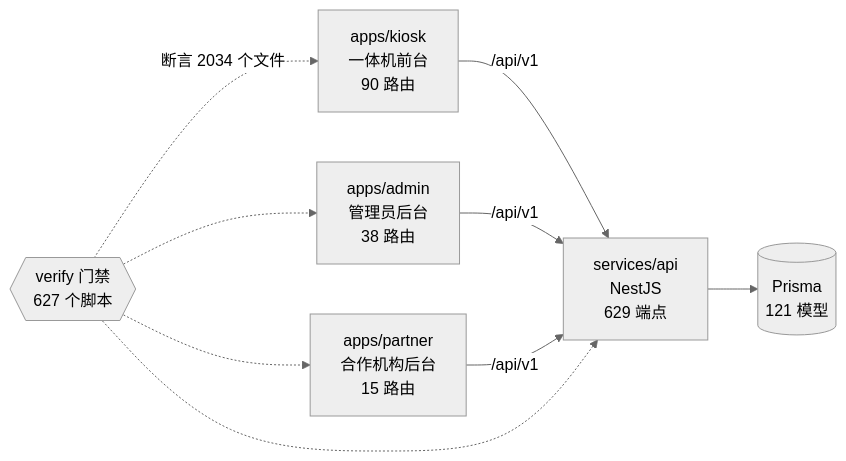
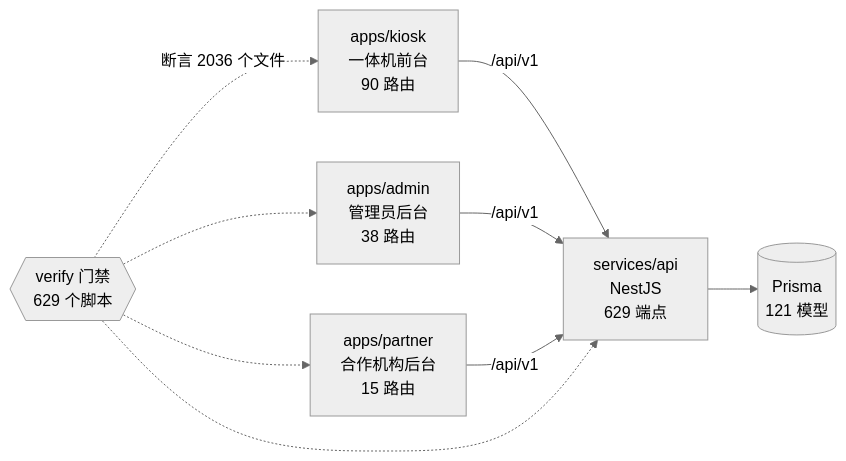
The diagram in docs/graph/README.md (wanglei581/YITIJI), drawn with Mermaid (neutral theme) before and after one commit. The commit also changed other lines of this file and 2 other files, not shown here.

Commit message:
图谱重出（generate-project-graph --check 通过）

````diff
--- a/docs/graph/README.md
+++ b/docs/graph/README.md
@@ -68,18 +68,18 @@
 ```mermaid
 flowchart LR
   kiosk["apps/kiosk<br/>一体机前台<br/>90 路由"]
   admin["apps/admin<br/>管理员后台<br/>38 路由"]
   partner["apps/partner<br/>合作机构后台<br/>15 路由"]
   api["services/api<br/>NestJS<br/>629 端点"]
   db[("Prisma<br/>121 模型")]
-  gates{{"verify 门禁<br/>627 个脚本"}}
+  gates{{"verify 门禁<br/>629 个脚本"}}
 
   kiosk -->|"/api/v1"| api
   admin -->|"/api/v1"| api
   partner -->|"/api/v1"| api
   api --> db
-  gates -.->|"断言 2034 个文件"| kiosk
+  gates -.->|"断言 2036 个文件"| kiosk
   gates -.-> admin
   gates -.-> partner
   gates -.-> api
 ```
````
